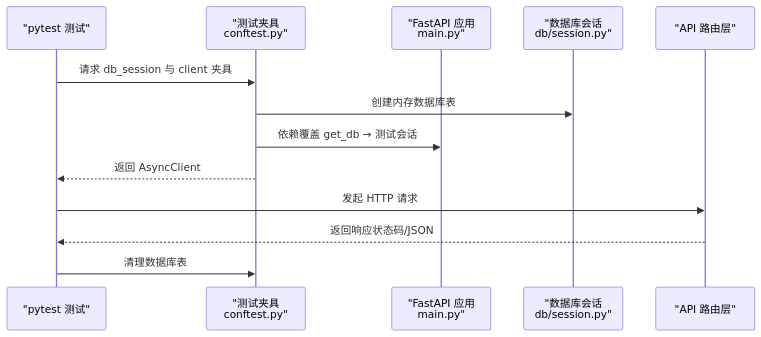
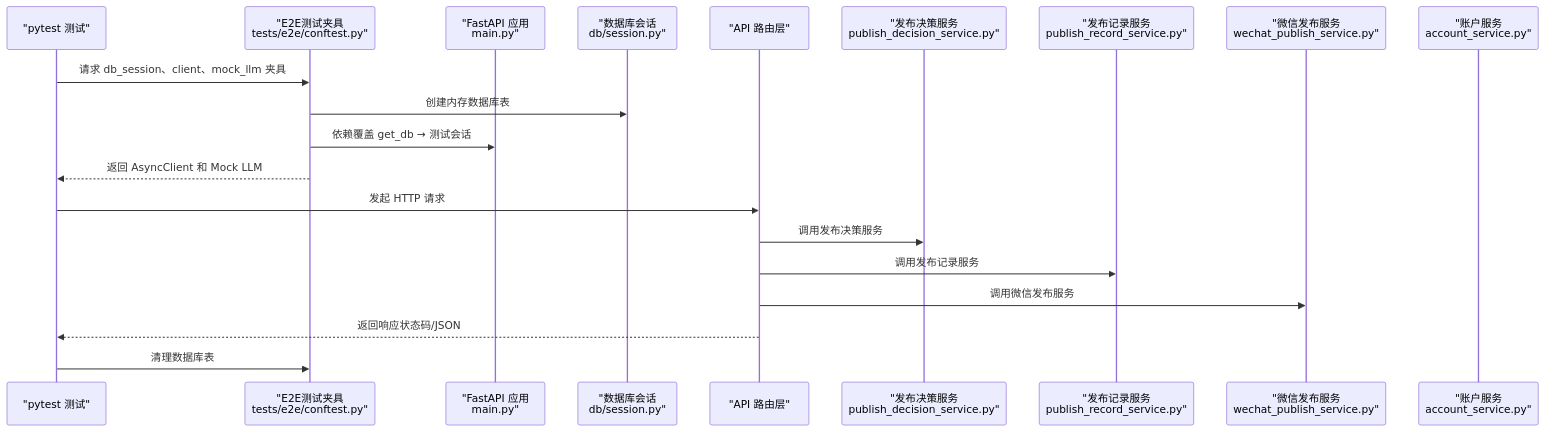
The second of 9 diagrams in .qoder/repowiki/zh/content/开发指南/测试策略.md (sansansansansan2022-web/hotclaw), drawn with Mermaid before and after one commit. The commit also changed other lines of this file and 44 other files, not shown here.

````diff
--- a/.qoder/repowiki/zh/content/开发指南/测试策略.md
+++ b/.qoder/repowiki/zh/content/开发指南/测试策略.md
@@ -98,15 +177,22 @@
 ```mermaid
 sequenceDiagram
 participant T as "pytest 测试"
-participant F as "测试夹具<br/>conftest.py"
+participant F as "E2E测试夹具<br/>tests/e2e/conftest.py"
 participant APP as "FastAPI 应用<br/>main.py"
 participant DB as "数据库会话<br/>db/session.py"
 participant API as "API 路由层"
-T->>F : 请求 db_session 与 client 夹具
+participant PDS as "发布决策服务<br/>publish_decision_service.py"
+participant PRS as "发布记录服务<br/>publish_record_service.py"
+participant WPS as "微信发布服务<br/>wechat_publish_service.py"
+participant AS as "账户服务<br/>account_service.py"
+T->>F : 请求 db_session、client、mock_llm 夹具
 F->>DB : 创建内存数据库表
 F->>APP : 依赖覆盖 get_db → 测试会话
-F-->>T : 返回 AsyncClient
+F-->>T : 返回 AsyncClient 和 Mock LLM
 T->>API : 发起 HTTP 请求
+API->>PDS : 调用发布决策服务
+API->>PRS : 调用发布记录服务
+API->>WPS : 调用微信发布服务
 API-->>T : 返回响应状态码/JSON
 T->>F : 清理数据库表
 ```
````
